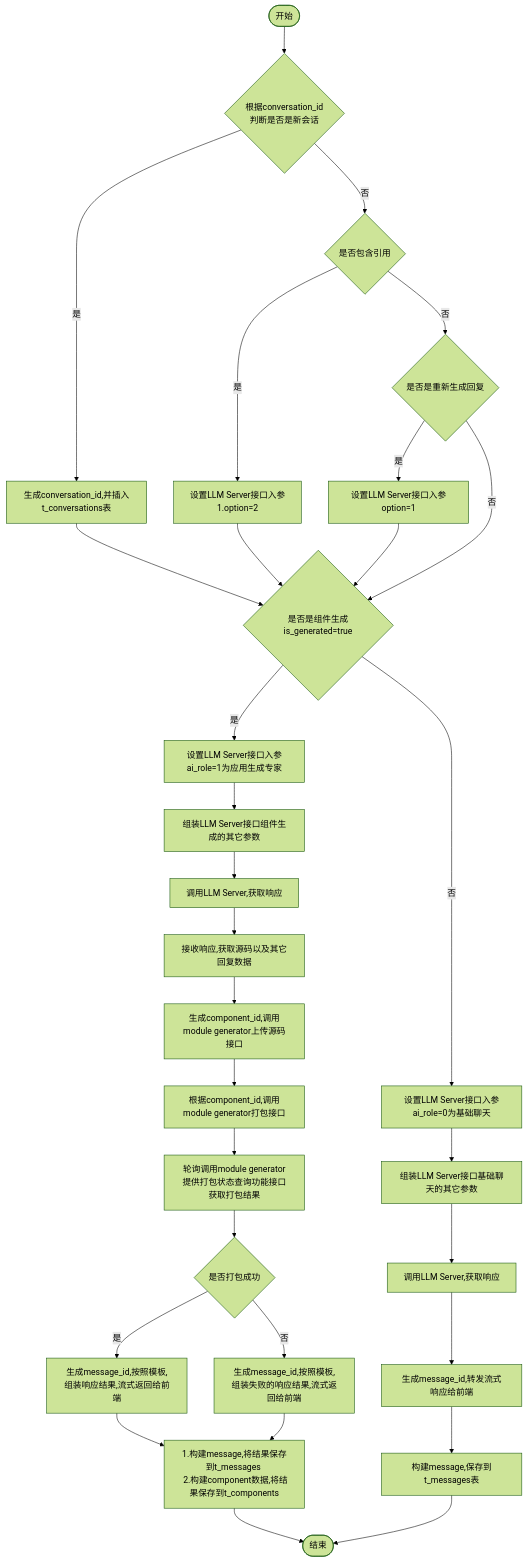
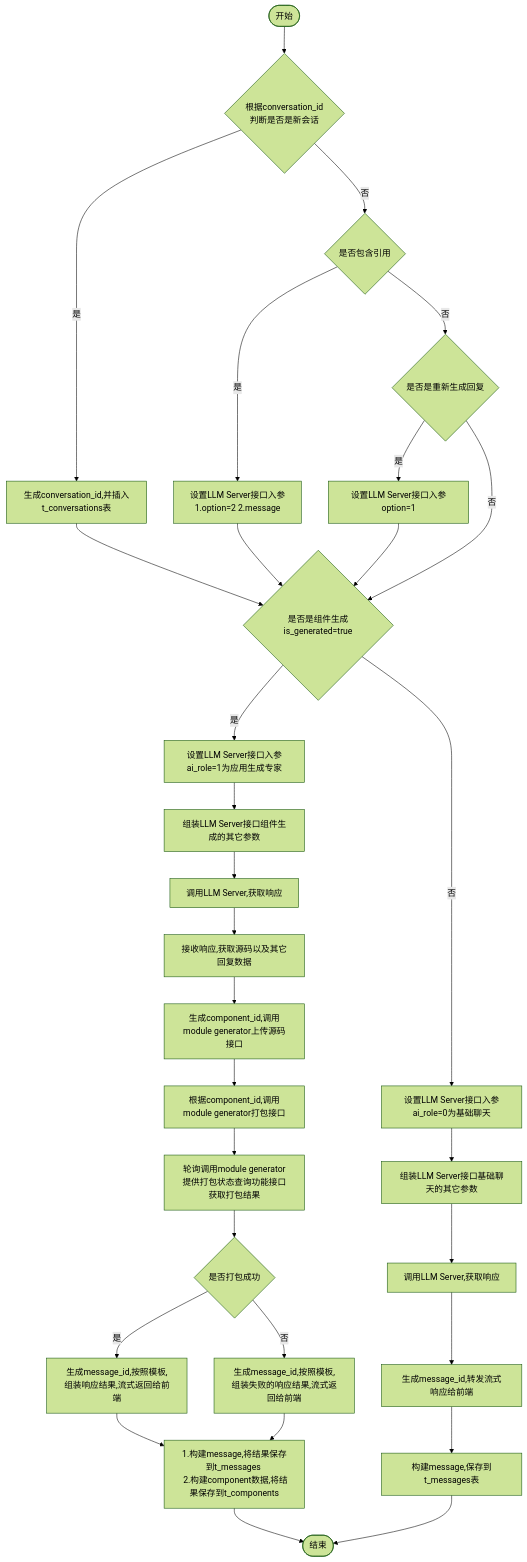
One commit to yingjianzh/iodraw-files changed the diagram in all/w3-会话-不需要传递message.md. Above: the diagram before and after it, drawn with Mermaid (forest theme).

Commit message:
2024-10-14 11:12:16 update

````diff
--- a/all/w3-会话-不需要传递message.md
+++ b/all/w3-会话-不需要传递message.md
@@ -1,35 +1,35 @@
 ```mermaid
 flowchart TD
     A([开始]) --> B{根据conversation_id \n 判断是否是新会话}
     B -- 是 --> C[生成conversation_id,并插入t_conversations表]
     B -- 否 --> D{是否包含引用}
-    D -- 是 --> E[设置LLM Server接口入参 \n 1.option=2]
+    D -- 是 --> E[设置LLM Server接口入参 \n 1.option=2 2.message]
     D -- 否 --> F{是否是重新生成回复}
     F -- 是 --> G[设置LLM Server接口入参option=1]
     F -- 否 --> I
      
     C & E & G --> I{是否是组件生成is_generated=true}
     I -- 是 --> J[设置LLM Server接口入参ai_role=1为应用生成专家]
     I -- 否 --> K[设置LLM Server接口入参ai_role=0为基础聊天]
 
 
     J --> L[组装LLM Server接口组件生成的其它参数]    
     K --> M[组装LLM Server接口基础聊天的其它参数]    
     M --> N[调用LLM Server,获取响应]    
     N --> O[生成message_id,转发流式响应给前端]
     O --> P[构建message,保存到t_messages表]
     P --> R([结束])
 
 
     L --> S[调用LLM Server,获取响应]
     S --> T[接收响应,获取源码以及其它回复数据]
     T --> U[生成component_id,调用module generator上传源码接口]
     U --> V[根据component_id,调用module generator打包接口]
     V --> W[轮询调用module generator提供打包状态查询功能接口获取打包结果]
     W --> X{是否打包成功}
     X -- 是 --> Y[生成message_id,按照模板,组装响应结果,流式返回给前端]
     X -- 否 --> Z[生成message_id,按照模板,组装失败的响应结果,流式返回给前端]
 
     Y & Z --> Result[1.构建message,将结果保存到t_messages \n 2.构建component数据,将结果保存到t_components]
     Result --> R
 ```
````
